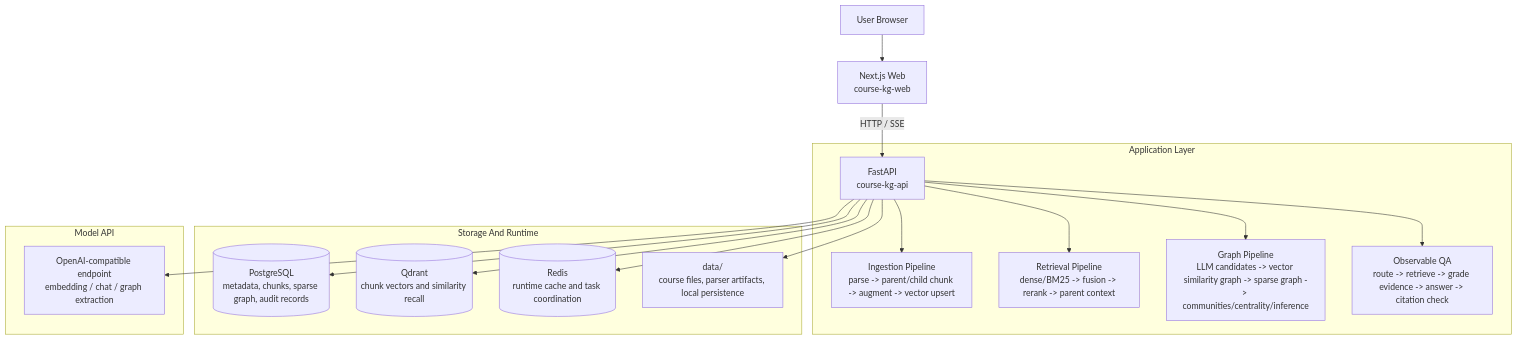
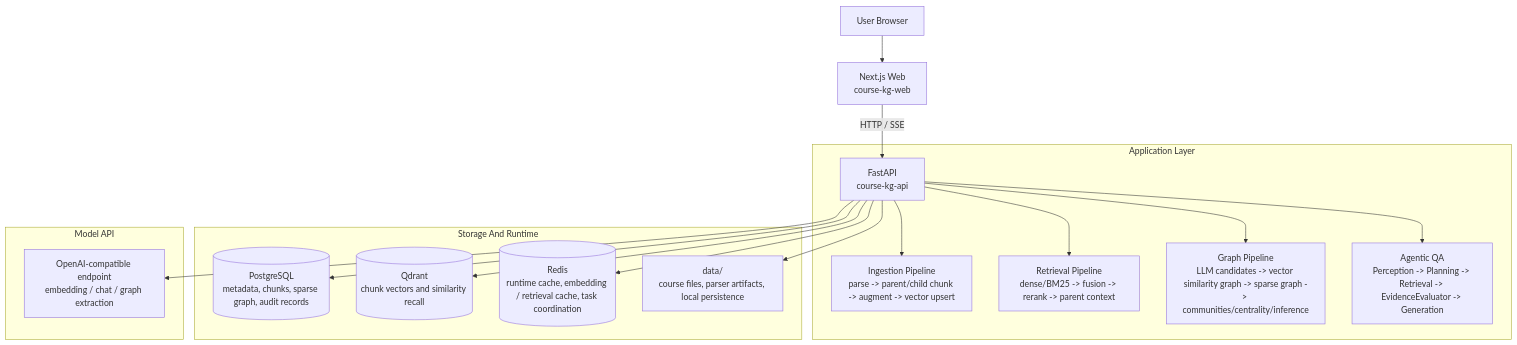
One commit to Sggggt/DialoGraph changed the first of 5 diagrams in README.en.md. Above: the diagram before and after it, drawn with Mermaid. The commit also changed other lines of this file and 31 other files, not shown here.

````diff
--- a/README.en.md
+++ b/README.en.md
@@ -60,29 +62,29 @@
 ```mermaid
 flowchart TB
     USER["User Browser"] --> WEB["Next.js Web<br/>course-kg-web"]
     WEB -->|"HTTP / SSE"| API["FastAPI<br/>course-kg-api"]
 
     subgraph APP["Application Layer"]
         API --> INGEST["Ingestion Pipeline<br/>parse -> parent/child chunk -> augment -> vector upsert"]
         API --> RETRIEVAL["Retrieval Pipeline<br/>dense/BM25 -> fusion -> rerank -> parent context"]
         API --> GRAPH["Graph Pipeline<br/>LLM candidates -> vector similarity graph -> sparse graph -> communities/centrality/inference"]
-        API --> QA["Observable QA<br/>route -> retrieve -> grade evidence -> answer -> citation check"]
+        API --> QA["Agentic QA<br/>Perception -> Planning -> Retrieval -> EvidenceEvaluator -> Generation"]
     end
 
     subgraph STORE["Storage And Runtime"]
         PG[("PostgreSQL<br/>metadata, chunks, sparse graph, audit records")]
         QD[("Qdrant<br/>chunk vectors and similarity recall")]
-        RD[("Redis<br/>runtime cache and task coordination")]
+        RD[("Redis<br/>runtime cache, embedding / retrieval cache, task coordination")]
         FS["data/<br/>course files, parser artifacts, local persistence"]
     end
 
     subgraph MODEL["Model API"]
         LLM["OpenAI-compatible endpoint<br/>embedding / chat / graph extraction"]
     end
 
     API --> PG
     API --> QD
     API --> RD
     API --> FS
     API --> LLM
 ```
````
